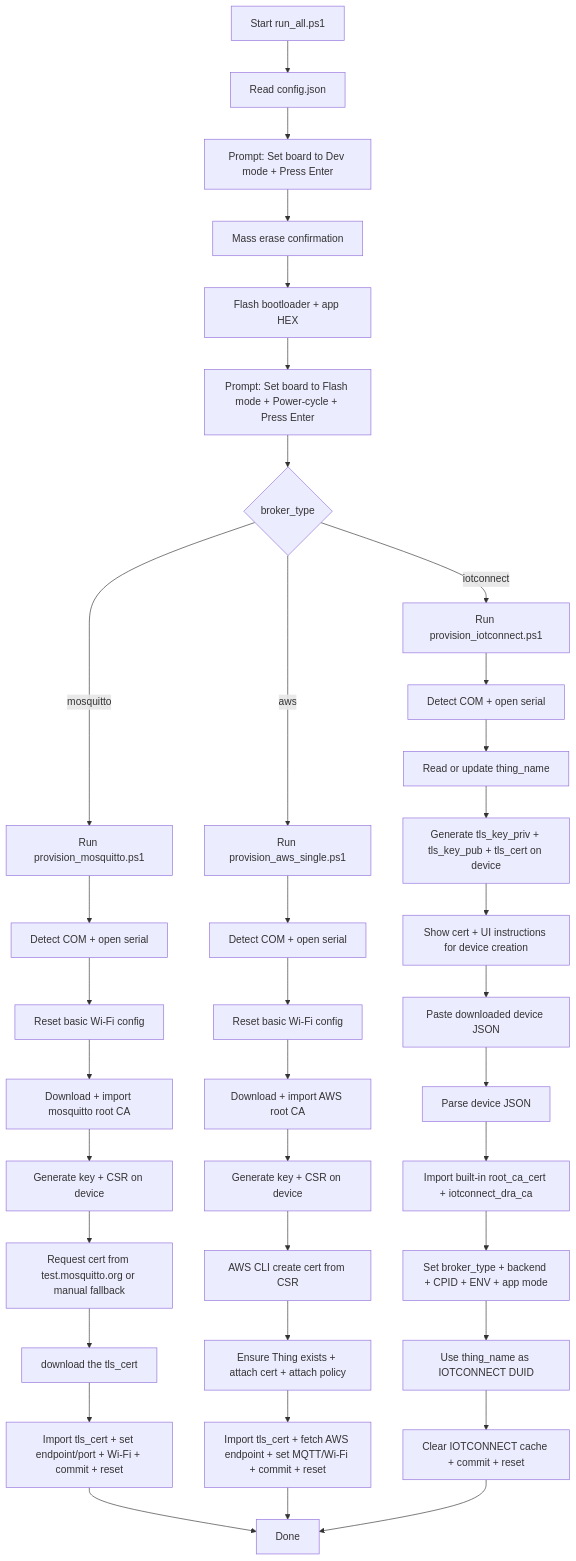
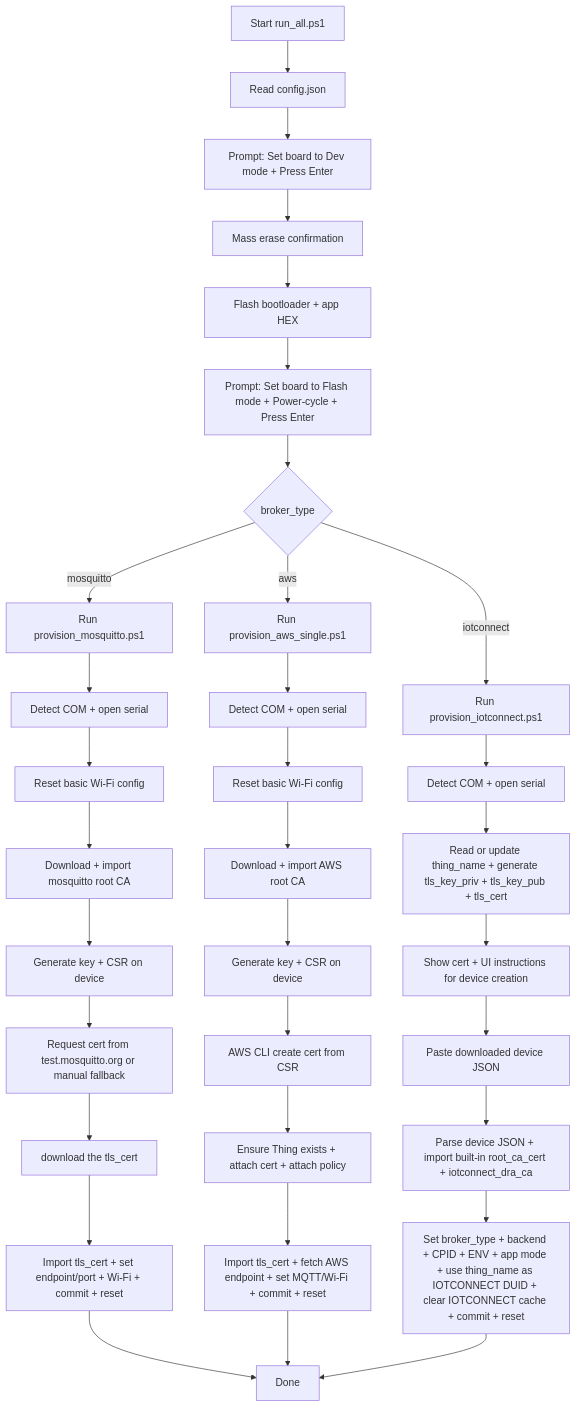
The diagram in bin/readme.md (avnet-iotconnect/stm32n6570_dk_w6x_iot_reference), drawn with Mermaid before and after one commit.

Commit message:
Align IOTCONNECT flow diagram in bin quick start

````diff
--- a/bin/readme.md
+++ b/bin/readme.md
@@ -53,44 +53,40 @@
 ```mermaid
 flowchart TD
     A[Start run_all.ps1] --> B[Read config.json]
     B --> C[Prompt: Set board to Dev mode + Press Enter]
     C --> D[Mass erase confirmation]
     D --> E[Flash bootloader + app HEX]
     E --> E1[Prompt: Set board to Flash mode + Power-cycle + Press Enter]
     E1 --> F{broker_type}
 
     F -->|mosquitto| G[Run provision_mosquitto.ps1]
     G --> G1[Detect COM + open serial]
     G1 --> G2[Reset basic Wi-Fi config]
     G2 --> G3[Download + import mosquitto root CA]
     G3 --> G4[Generate key + CSR on device]
     G4 --> G5[Request cert from test.mosquitto.org or manual fallback]
     G5 --> G6[download the tls_cert]
     G6 --> G7[Import tls_cert + set endpoint/port + Wi-Fi + commit + reset]
 
     F -->|aws| H[Run provision_aws_single.ps1]
     H --> H1[Detect COM + open serial]
     H1 --> H2[Reset basic Wi-Fi config]
     H2 --> H3[Download + import AWS root CA]
     H3 --> H4[Generate key + CSR on device]
     H4 --> H5[AWS CLI create cert from CSR]
     H5 --> H6[Ensure Thing exists + attach cert + attach policy]
     H6 --> H7[Import tls_cert + fetch AWS endpoint + set MQTT/Wi-Fi + commit + reset]
 
     F -->|iotconnect| I[Run provision_iotconnect.ps1]
     I --> I1[Detect COM + open serial]
-    I1 --> I2[Read or update thing_name]
-    I2 --> I3[Generate tls_key_priv + tls_key_pub + tls_cert on device]
-    I3 --> I4[Show cert + UI instructions for device creation]
-    I4 --> I5[Paste downloaded device JSON]
-    I5 --> I6[Parse device JSON]
-    I6 --> I7[Import built-in root_ca_cert + iotconnect_dra_ca]
-    I7 --> I8[Set broker_type + backend + CPID + ENV + app mode]
-    I8 --> I9[Use thing_name as IOTCONNECT DUID]
-    I9 --> I10[Clear IOTCONNECT cache + commit + reset]
+    I1 --> I2[Read or update thing_name + generate tls_key_priv + tls_key_pub + tls_cert]
+    I2 --> I3[Show cert + UI instructions for device creation]
+    I3 --> I4[Paste downloaded device JSON]
+    I4 --> I5[Parse device JSON + import built-in root_ca_cert + iotconnect_dra_ca]
+    I5 --> I6[Set broker_type + backend + CPID + ENV + app mode + use thing_name as IOTCONNECT DUID + clear IOTCONNECT cache + commit + reset]
 
 
     G7 --> Z[Done]
     H7 --> Z
-    I10 --> Z
+    I6 --> Z
 ```
````
